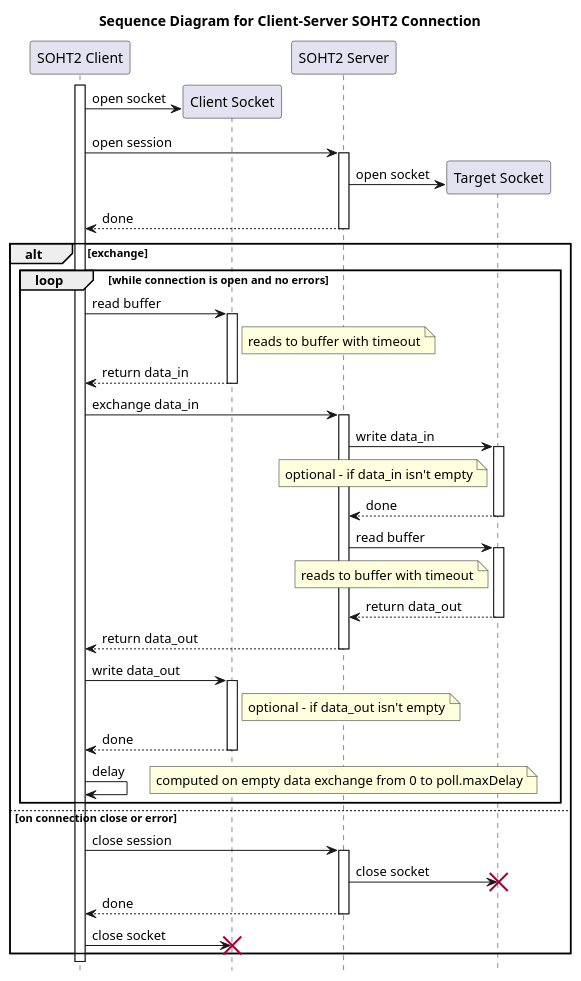
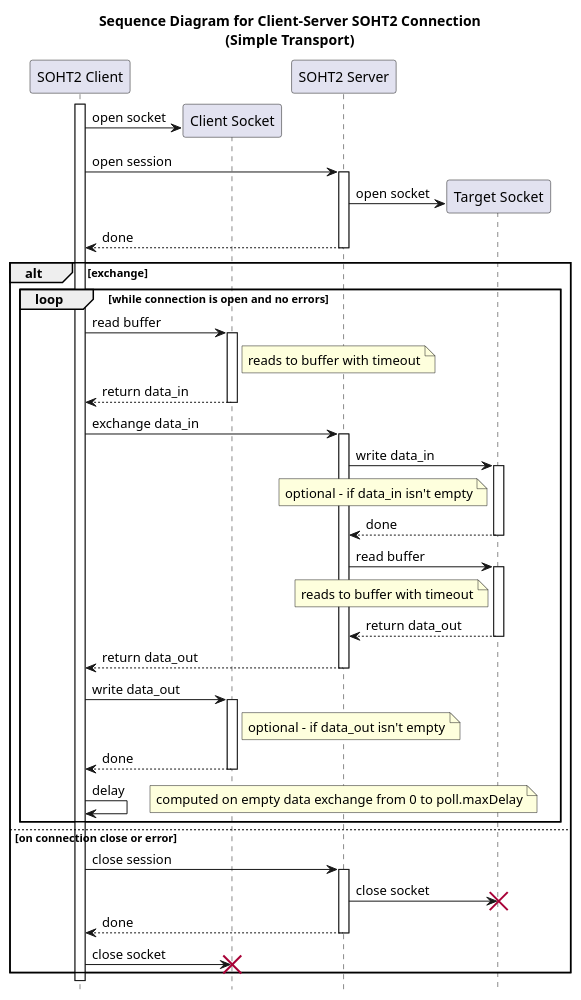
Before and after one commit to domax/soht2: the diagram in doc/sequence.puml, drawn with PlantUML. The commit also changed 8 other files, not shown here.

```diff
--- a/doc/sequence.puml
+++ b/doc/sequence.puml
@@ -1,54 +1,54 @@
 @startuml
 'https://plantuml.com/sequence-diagram
-title Sequence Diagram for Client-Server SOHT2 Connection
+title Sequence Diagram for Client-Server SOHT2 Connection\n(Simple Transport)
 hide footbox
 
 'autonumber
 activate "SOHT2 Client"
 
 "SOHT2 Client" -> "Client Socket" **: open socket
 
 "SOHT2 Client" -> "SOHT2 Server" ++: open session
 "SOHT2 Server" -> "Target Socket" **: open socket
 "SOHT2 Server" --> "SOHT2 Client" --: done
 
 alt exchange
 
   loop while connection is open and no errors
 
     "SOHT2 Client" -> "Client Socket" ++: read buffer
     note right of "Client Socket": reads to buffer with timeout
     "SOHT2 Client" <-- "Client Socket" --: return data_in
 
     "SOHT2 Client" -> "SOHT2 Server" ++: exchange data_in
 
     "SOHT2 Server" -> "Target Socket" ++: write data_in
     note left of "Target Socket": optional - if data_in isn't empty
     "SOHT2 Server" <-- "Target Socket" --: done
 
     "SOHT2 Server" -> "Target Socket" ++: read buffer
     note left of "Target Socket": reads to buffer with timeout
     "SOHT2 Server" <-- "Target Socket" --: return data_out
 
     "SOHT2 Client" <-- "SOHT2 Server" --: return data_out
 
     "SOHT2 Client" -> "Client Socket" ++: write data_out
     note right of "Client Socket": optional - if data_out isn't empty
     "SOHT2 Client" <-- "Client Socket" --: done
 
     "SOHT2 Client" -> "SOHT2 Client": delay
     note right: computed on empty data exchange from 0 to poll.maxDelay
 
   end loop
 
 else on connection close or error
 
   "SOHT2 Client" -> "SOHT2 Server" ++: close session
   "SOHT2 Server" -> "Target Socket" !!: close socket
   "SOHT2 Client" <-- "SOHT2 Server" --: done
 
   "SOHT2 Client" -> "Client Socket" !!: close socket
 
 end alt
 
 @enduml
```
